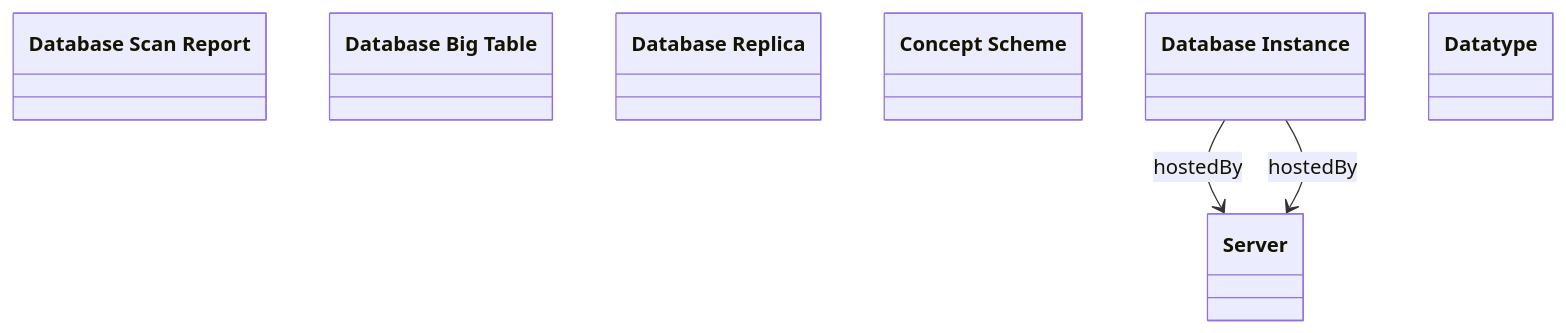
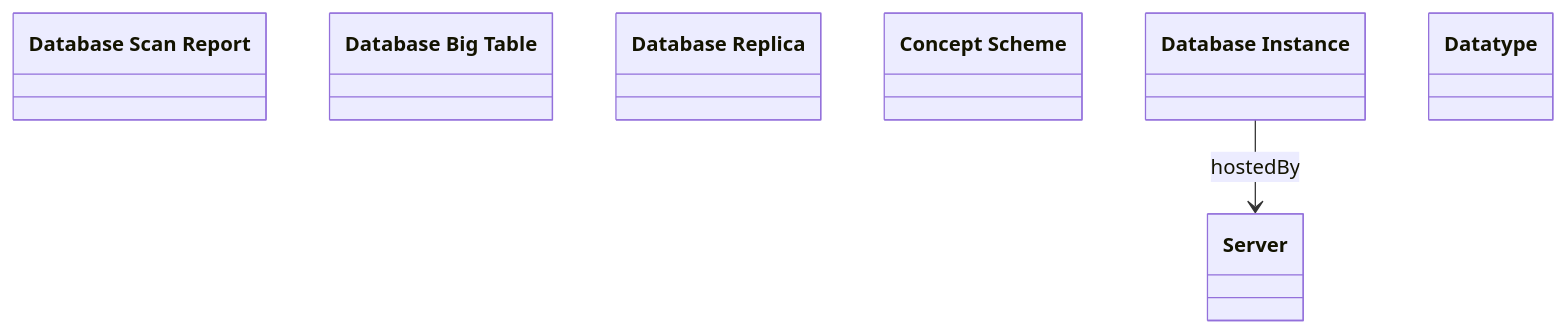
Before and after one commit to oeg-upm/Devos: the diagram in output/ieswc_leng/database.ttl-leng-7-0-hard.md, drawn with Mermaid. The commit also changed 131 other files, not shown here.

````diff
--- a/output/ieswc_leng/database.ttl-leng-7-0-hard.md
+++ b/output/ieswc_leng/database.ttl-leng-7-0-hard.md
@@ -1,39 +1,37 @@
 ```mermaid
 	classDiagram
 
     
     class `Database Scan Report` {
     
     }
 
     class `Database Big Table` {
     
     }
 
     class `Database Replica` {
     
     }
 
     class `Concept Scheme` {
     
     }
 
     class `Database Instance` {
     
     }
 
     class `Server` {
     
     }
 
     class `Datatype` {
     
     }
 
 
 
 `Database Instance`  --> `Server`   :hostedBy  
 
-`Database Instance`  --> `Server`   :hostedBy  
-
 ```
````
